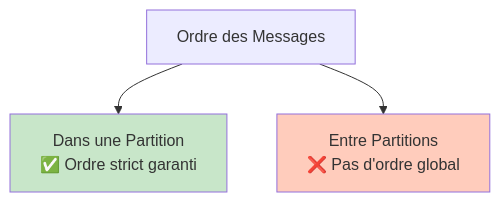
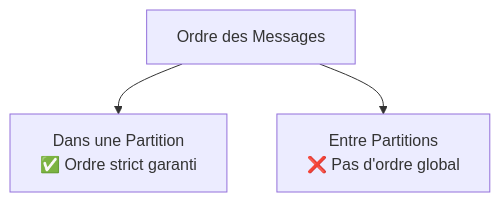
Diagram 11 of 26 in docs/tutorials/kafka-getting-started.fr.md (mombe090/techdocs), drawn with Mermaid before and after one commit. The commit also changed other lines of this file and 11 other files, not shown here.

First line of the commit message:
style: remove hardcoded Mermaid diagram colors for dark mode compatibility

````diff
--- a/docs/tutorials/kafka-getting-started.fr.md
+++ b/docs/tutorials/kafka-getting-started.fr.md
@@ -349,9 +319,7 @@
 ```mermaid
 graph TB
     A[Ordre des Messages]
     A --> B[Dans une Partition<br/>✅ Ordre strict garanti]
     A --> C[Entre Partitions<br/>❌ Pas d'ordre global]
 
-    style B fill:#c8e6c9
-    style C fill:#ffccbc
 ```
````
